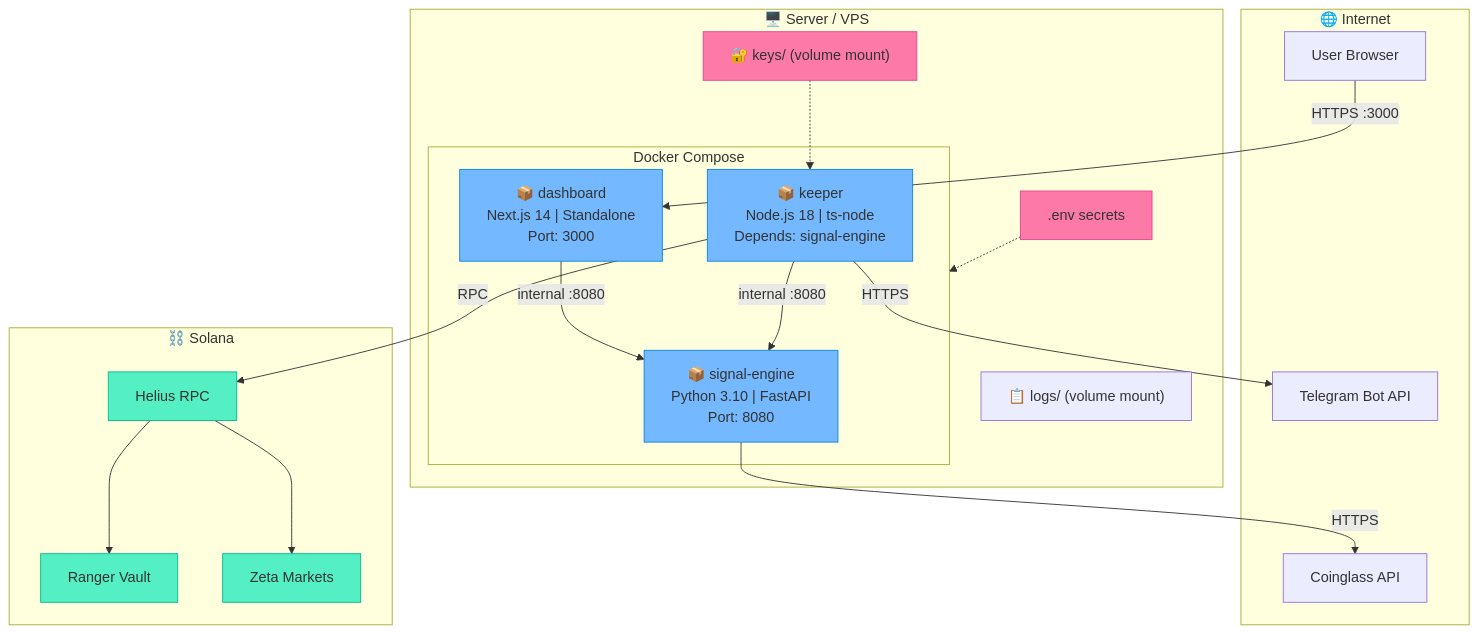
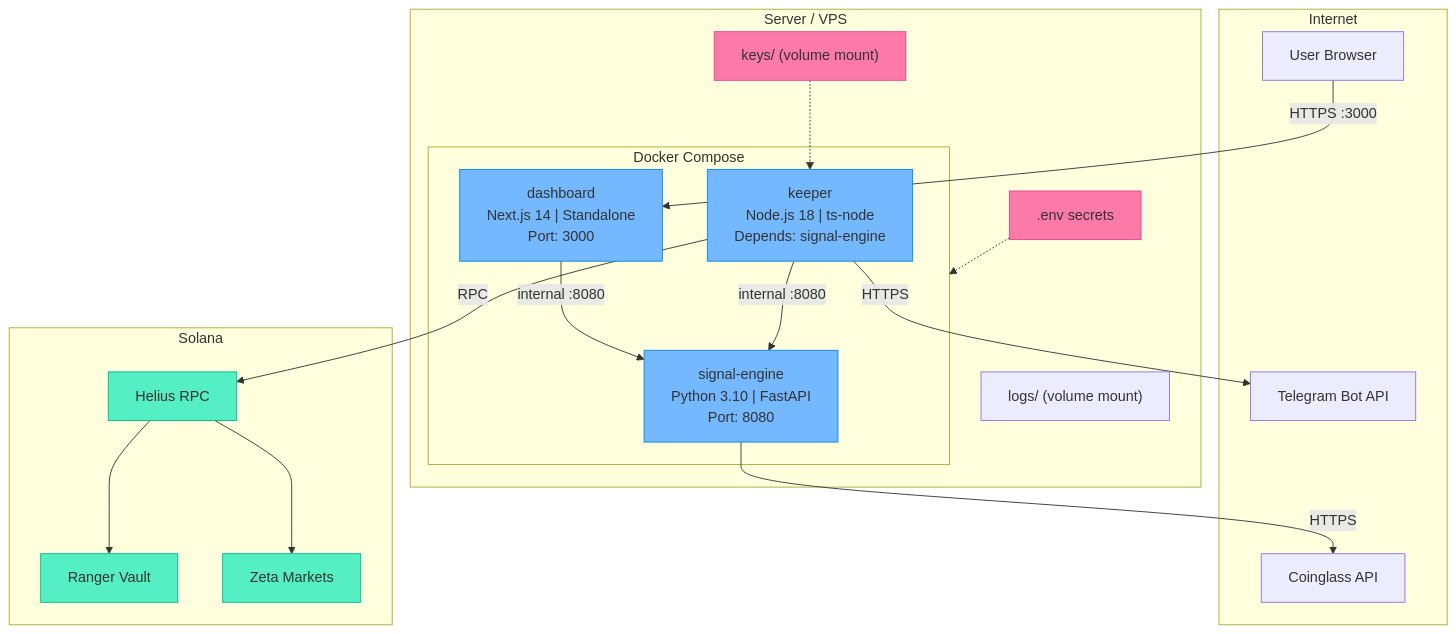
One commit to Ashutosh0x/ranger-ai-vault changed diagram 11 of 20 in docs/ARCHITECTURE.md. Above: the diagram before and after it, drawn with Mermaid. The commit also changed other lines of this file and 71 other files, not shown here.

````diff
--- a/docs/ARCHITECTURE.md
+++ b/docs/ARCHITECTURE.md
@@ -794,45 +794,45 @@
 ```mermaid
 graph TB
-    subgraph Internet["🌐 Internet"]
-        User["User Browser"]
-        TGBot["Telegram Bot API"]
-        CGApi["Coinglass API"]
-    end
+ subgraph Internet[" Internet"]
+ User["User Browser"]
+ TGBot["Telegram Bot API"]
+ CGApi["Coinglass API"]
+ end
 
-    subgraph Server["🖥️ Server / VPS"]
-        subgraph Docker["Docker Compose"]
-            SE["📦 signal-engine<br/>Python 3.10 | FastAPI<br/>Port: 8080"]
-            KB["📦 keeper<br/>Node.js 18 | ts-node<br/>Depends: signal-engine"]
-            DB["📦 dashboard<br/>Next.js 14 | Standalone<br/>Port: 3000"]
-        end
+ subgraph Server[" Server / VPS"]
+ subgraph Docker["Docker Compose"]
+ SE[" signal-engine<br/>Python 3.10 | FastAPI<br/>Port: 8080"]
+ KB[" keeper<br/>Node.js 18 | ts-node<br/>Depends: signal-engine"]
+ DB[" dashboard<br/>Next.js 14 | Standalone<br/>Port: 3000"]
+ end
 
-        ENV[".env secrets"]
-        Keys["🔐 keys/ (volume mount)"]
-        LogDir["📋 logs/ (volume mount)"]
-    end
+ ENV[".env secrets"]
+ Keys[" keys/ (volume mount)"]
+ LogDir[" logs/ (volume mount)"]
+ end
 
-    subgraph Solana["⛓️ Solana"]
-        Helius["Helius RPC"]
-        VaultProg["Ranger Vault"]
-        ZetaProg["Zeta Markets"]
-    end
+ subgraph Solana[" Solana"]
+ Helius["Helius RPC"]
+ VaultProg["Ranger Vault"]
+ ZetaProg["Zeta Markets"]
+ end
 
-    User -->|"HTTPS :3000"| DB
-    DB -->|"internal :8080"| SE
-    KB -->|"internal :8080"| SE
-    SE -->|"HTTPS"| CGApi
-    KB -->|"HTTPS"| TGBot
-    KB -->|"RPC"| Helius
-    Helius --> VaultProg
-    Helius --> ZetaProg
-    ENV -.-> Docker
-    Keys -.-> KB
+ User -->|"HTTPS :3000"| DB
+ DB -->|"internal :8080"| SE
+ KB -->|"internal :8080"| SE
+ SE -->|"HTTPS"| CGApi
+ KB -->|"HTTPS"| TGBot
+ KB -->|"RPC"| Helius
+ Helius --> VaultProg
+ Helius --> ZetaProg
+ ENV -.-> Docker
+ Keys -.-> KB
 
-    classDef container fill:#74b9ff,stroke:#0984e3
-    classDef solana fill:#55efc4,stroke:#00b894
-    classDef secure fill:#fd79a8,stroke:#e84393
+ classDef container fill:#74b9ff,stroke:#0984e3
+ classDef solana fill:#55efc4,stroke:#00b894
+ classDef secure fill:#fd79a8,stroke:#e84393
 
-    class SE,KB,DB container
-    class Helius,VaultProg,ZetaProg solana
-    class Keys,ENV secure
+ class SE,KB,DB container
+ class Helius,VaultProg,ZetaProg solana
+ class Keys,ENV secure
 ```
````
